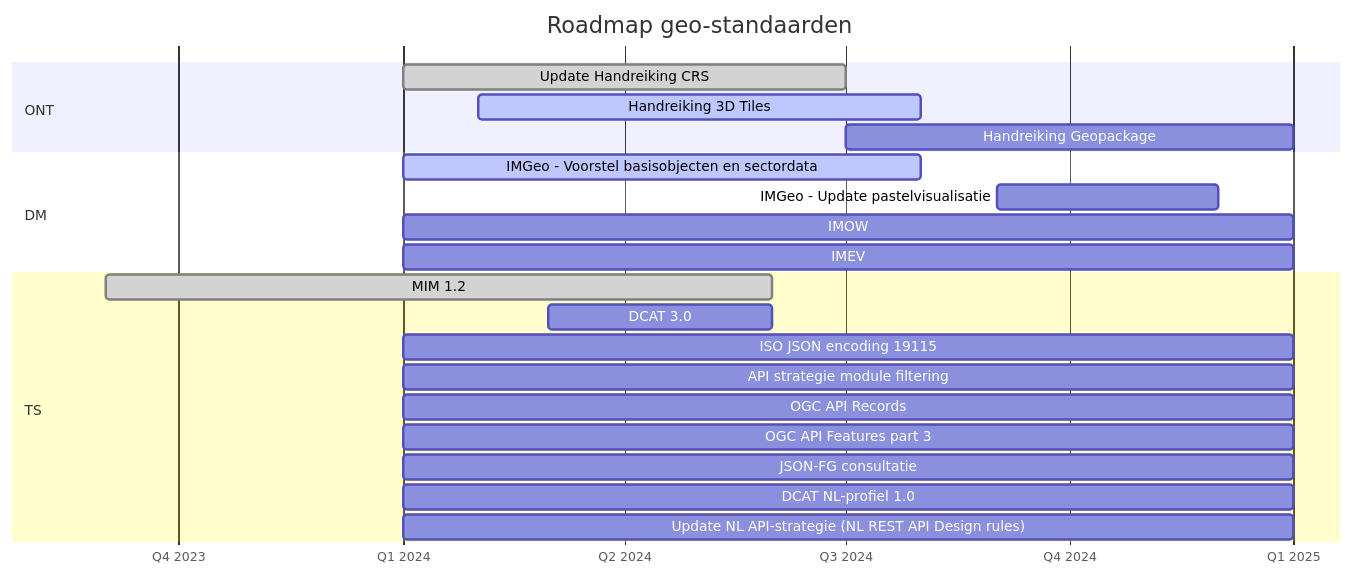
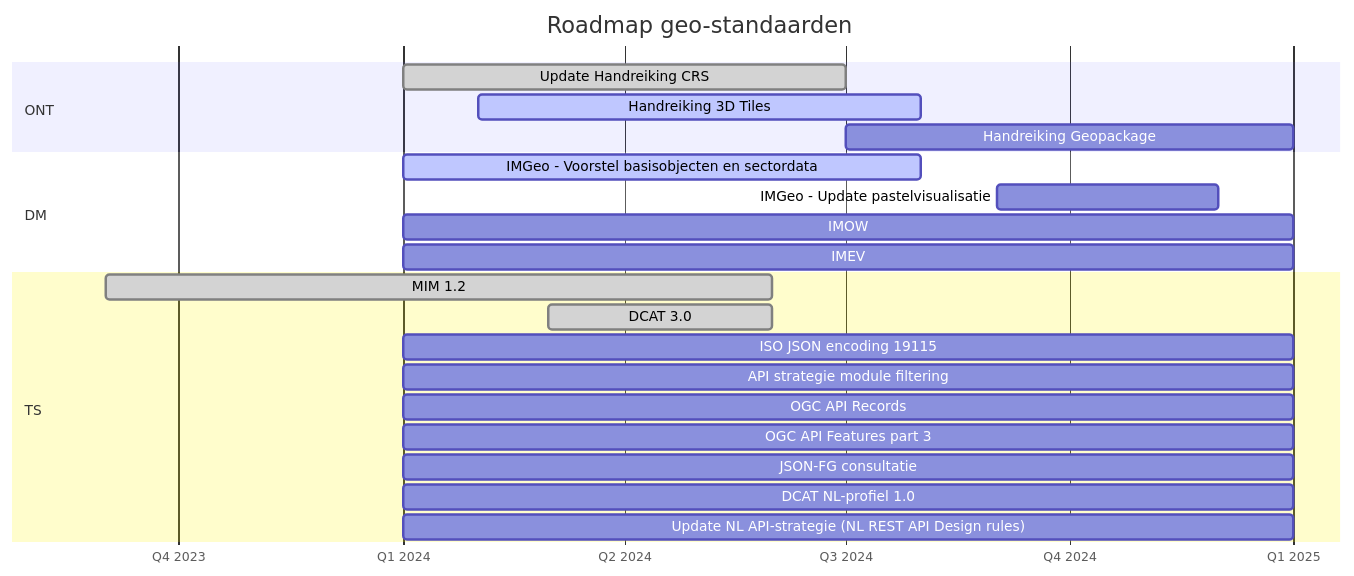
The diagram in roadmap.mmd (Geonovum/roadmap-geostandaarden), drawn with Mermaid before and after one commit.

```diff
--- a/roadmap.mmd
+++ b/roadmap.mmd
@@ -1,47 +1,47 @@
 gantt
     title Roadmap geo-standaarden
     dateFormat YYYY-M
     axisFormat Q%q %Y
     tickInterval 3month
     section ONT
         %% Consultatie GeoPackage and Spatial Schema   :done,      2023-07, 3M
         % Update PTOLU Geo-standaarden                :done,    2023-10, 6M
         %% PoC Rechtendelegatie (oAuth)                :           2023-10, 3M
         %% OGC Code Sprint                             :           2023-10, 1M        
         %%Consultatie IMX-Geo                         :           2024-01, 3M
         Update Handreiking CRS                      :done,           2024-01, 6M        
         Handreiking 3D Tiles                        :active,          2024-02, 6M
         Handreiking Geopackage                      :           2024-07, 6M
         
     section DM        
         %%IMEV 2.0                                    :done,    2023-10, 3M
         %%IMG                                         :done,    2023-10, 3M
         IMGeo - Voorstel basisobjecten en sectordata:active,    2024-01, 7M
         IMGeo - Update pastelvisualisatie                :      2024-09, 3M
         IMOW                                        :           2024-01, 12M
         IMEV                                        :           2024-01, 12M
         %% IMKL                                        :           2023-09, 
         %% IMKAD                                       :           2023-09, 
         %% IMWOZ                                       :           2023-09, 
         %% IMBAG                                       :           2023-09, 
         %% IMBOR                                       :           2023-09, 
         %% GWSW                                        :           2023-09, 
         %% IMNA                                        :           2023-09, 
         %% IMDBK / IMROI                               :           2023-09, 
         %% BRT.Next                                    :           2023-09, 
 
     section TS
         MIM 1.2                                               :done,    2023-09, 9M
         %%GeoPackage 1.4                              :active,    2023-10, 3M
         %%CityJSON 2.0                                :active,    2023-10, 3M
         %%OGC Training DML-AI 1.0                     :active,    2023-10, 3M
         %%Consultatie standaard voor begrippenkaders  :           2023-10, 3M        
         %Standaard voor begrippenkaders SBB v1.0.0       :           2024-01, 3M
-        DCAT 3.0                                    :donez,       2024-03, 3M 
+        DCAT 3.0                                    :done,       2024-03, 3M 
         ISO JSON encoding 19115                     :           2024-01, 12M
         API strategie module filtering              :           2024-01, 12M
         OGC API Records                             :           2024-01, 12M
         OGC API Features part 3                     :           2024-01, 12M
         JSON-FG consultatie                         :           2024-01, 12M
         DCAT NL-profiel 1.0                         :           2024-01, 12M
         Update NL API-strategie (NL REST API Design rules) :    2024-01, 12M
```
